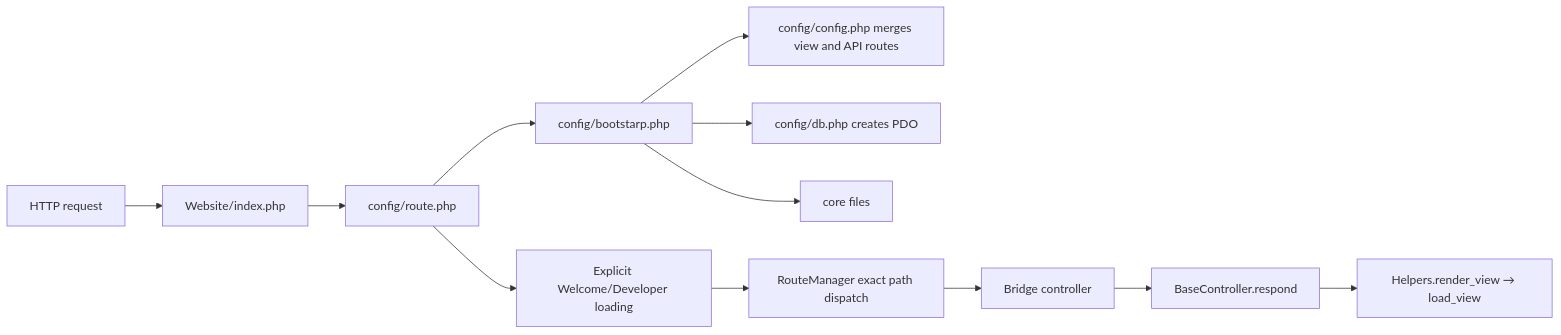
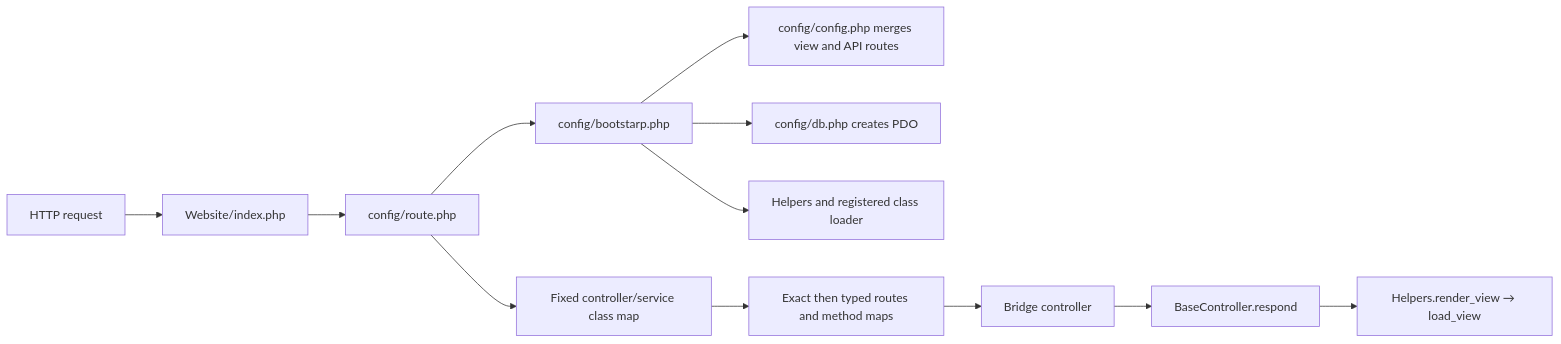
One commit to Sudipto-tales/sarada_marble_bankura changed the first of 4 diagrams in Docs/commerce/data-flow.md. Above: the diagram before and after it, drawn with Mermaid. The commit also changed other lines of this file and 18 other files, not shown here.

````diff
--- a/Docs/commerce/data-flow.md
+++ b/Docs/commerce/data-flow.md
@@ -7,14 +7,14 @@
 ```mermaid
 flowchart LR
     HTTP[HTTP request] --> Index[Website/index.php]
     Index --> Route[config/route.php]
     Route --> Boot[config/bootstarp.php]
     Boot --> Config[config/config.php merges view and API routes]
     Boot --> PDO[config/db.php creates PDO]
-    Boot --> Core[core files]
-    Route --> Load[Explicit Welcome/Developer loading]
-    Load --> Dispatch[RouteManager exact path dispatch]
+    Boot --> Core[Helpers and registered class loader]
+    Route --> Load[Fixed controller/service class map]
+    Load --> Dispatch[Exact then typed routes and method maps]
     Dispatch --> Controller[Bridge controller]
     Controller --> Respond[BaseController.respond]
     Respond --> Render[Helpers.render_view → load_view]
 ```
````
